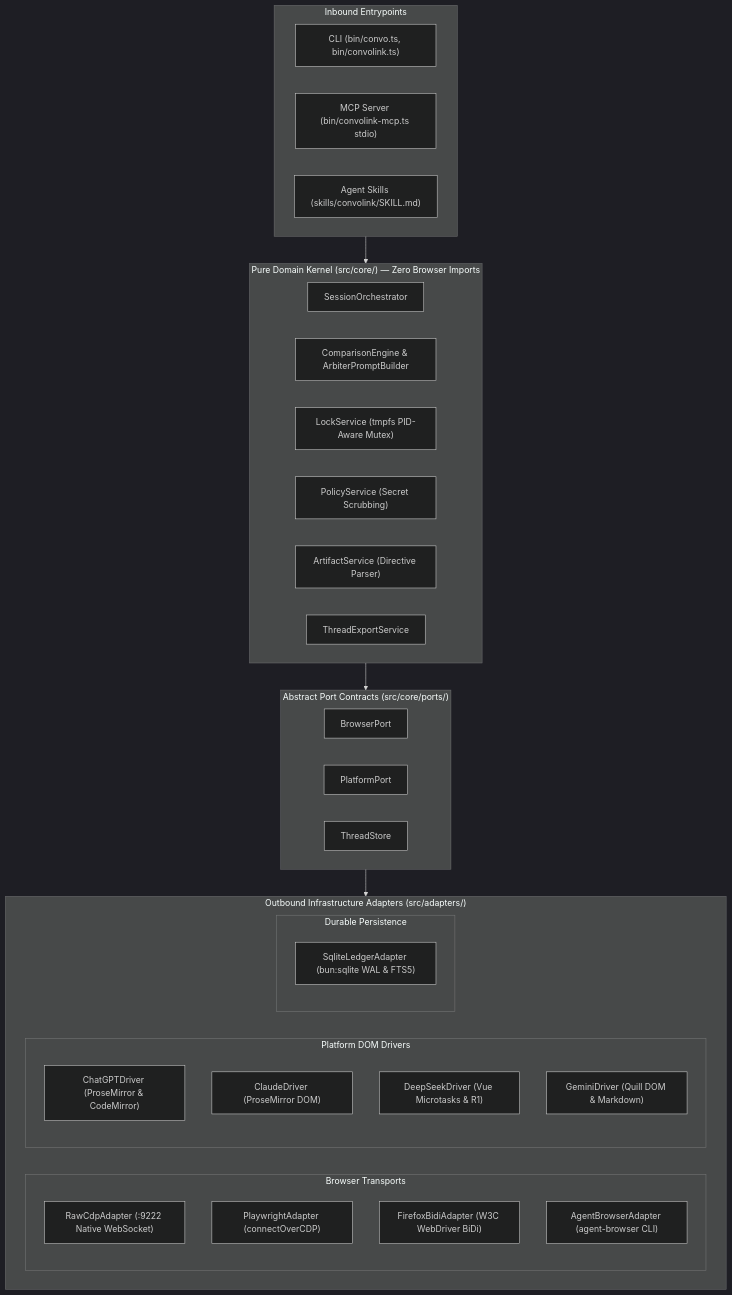
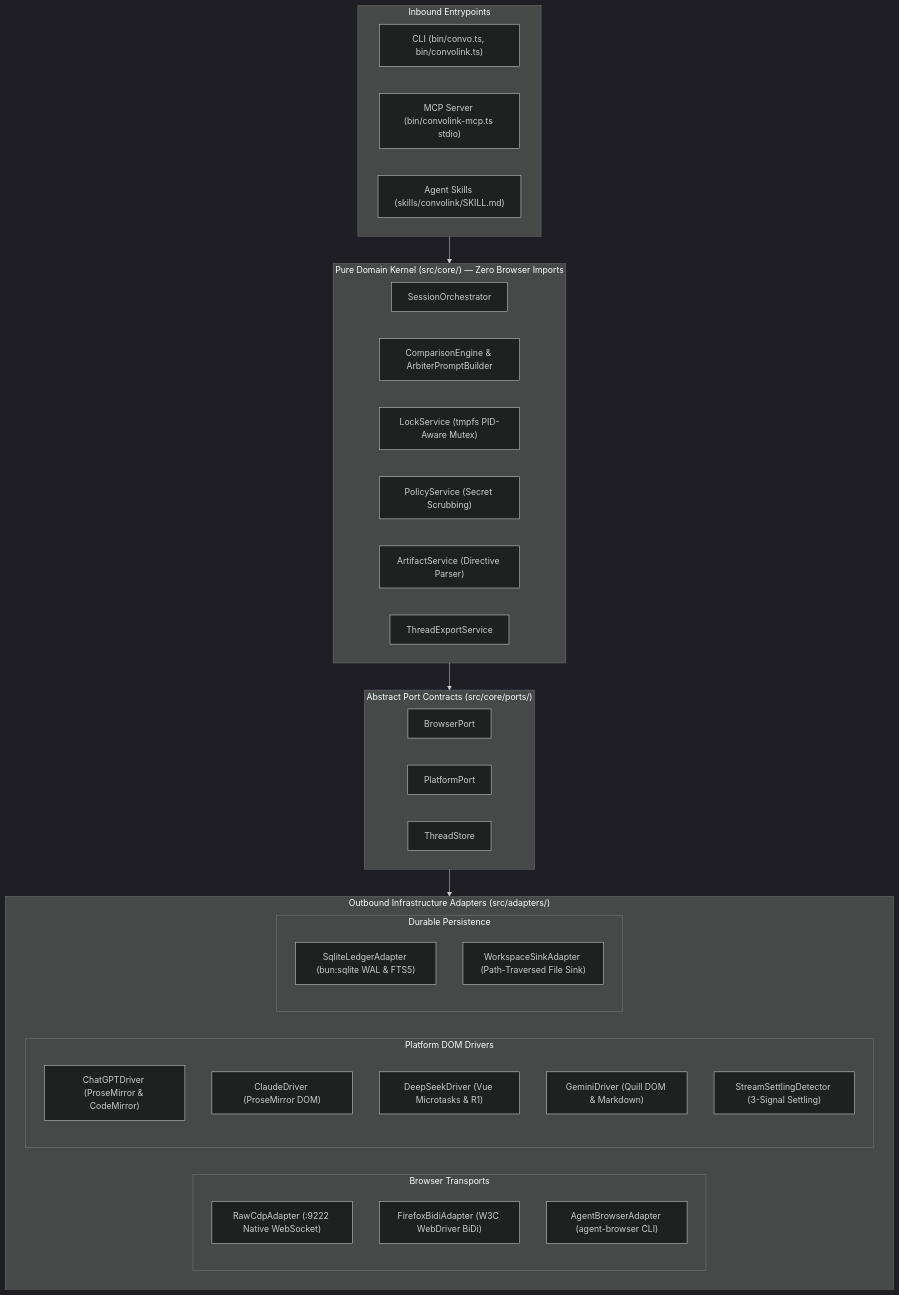
The third of 3 diagrams in README.md (0xTanzim/convolink), drawn with Mermaid (dark theme) before and after one commit. The commit also changed other lines of this file and 71 other files, not shown here.

````diff
--- a/README.md
+++ b/README.md
@@ -341,45 +341,46 @@
 ```mermaid
 flowchart TD
     subgraph Inbound ["Inbound Entrypoints"]
         CLI["CLI (bin/convo.ts, bin/convolink.ts)"]
         MCP["MCP Server (bin/convolink-mcp.ts stdio)"]
         Skills["Agent Skills (skills/convolink/SKILL.md)"]
     end
 
     subgraph Core ["Pure Domain Kernel (src/core/) — Zero Browser Imports"]
         Orchestrator["SessionOrchestrator"]
         ComparisonEngine["ComparisonEngine & ArbiterPromptBuilder"]
         LockService["LockService (tmpfs PID-Aware Mutex)"]
         PolicyService["PolicyService (Secret Scrubbing)"]
         ArtifactService["ArtifactService (Directive Parser)"]
         ThreadExport["ThreadExportService"]
     end
 
     subgraph Ports ["Abstract Port Contracts (src/core/ports/)"]
         BrowserPort["BrowserPort"]
         PlatformPort["PlatformPort"]
         ThreadStore["ThreadStore"]
     end
 
     subgraph Outbound ["Outbound Infrastructure Adapters (src/adapters/)"]
         subgraph Transports ["Browser Transports"]
             CDP["RawCdpAdapter (:9222 Native WebSocket)"]
-            PW["PlaywrightAdapter (connectOverCDP)"]
             BiDi["FirefoxBidiAdapter (W3C WebDriver BiDi)"]
             AB["AgentBrowserAdapter (agent-browser CLI)"]
         end
         subgraph Drivers ["Platform DOM Drivers"]
             ChatGPTDriver["ChatGPTDriver (ProseMirror & CodeMirror)"]
             ClaudeDriver["ClaudeDriver (ProseMirror DOM)"]
             DeepSeekDriver["DeepSeekDriver (Vue Microtasks & R1)"]
             GeminiDriver["GeminiDriver (Quill DOM & Markdown)"]
+            SettlingDetector["StreamSettlingDetector (3-Signal Settling)"]
         end
         subgraph Storage ["Durable Persistence"]
             SqliteLedger["SqliteLedgerAdapter (bun:sqlite WAL & FTS5)"]
+            WorkspaceSink["WorkspaceSinkAdapter (Path-Traversed File Sink)"]
         end
     end
 
     Inbound --> Core
     Core --> Ports
     Ports --> Outbound
 ```
````
